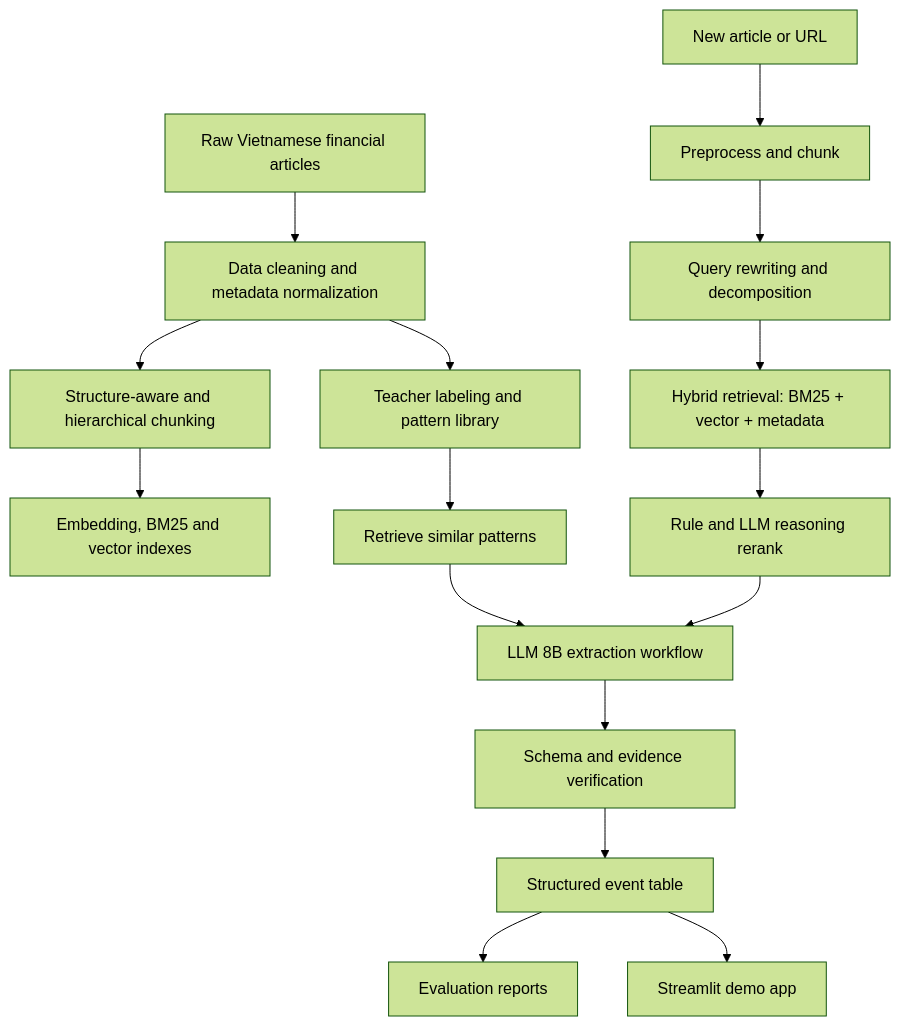
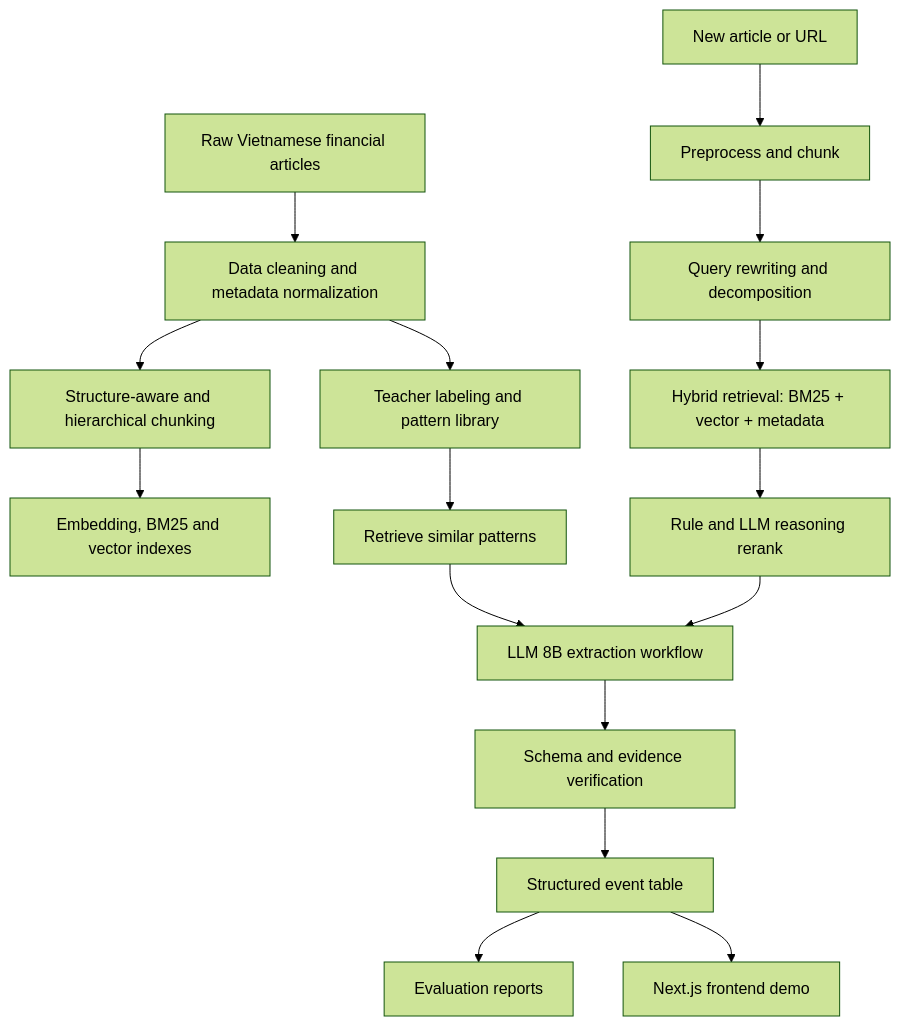
One commit to nghoanghien/FinEvent changed the diagram in docs/overview/project-overview.md. Above: the diagram before and after it, drawn with Mermaid (forest theme). The commit also changed other lines of this file and 22 other files, not shown here.

Commit message:
docs: update project documentation architecture

````diff
--- a/docs/overview/project-overview.md
+++ b/docs/overview/project-overview.md
@@ -56,18 +56,18 @@
 ```mermaid
 flowchart TD
     A[Raw Vietnamese financial articles] --> B[Data cleaning and metadata normalization]
     B --> C[Structure-aware and hierarchical chunking]
     C --> D[Embedding, BM25 and vector indexes]
     B --> P[Teacher labeling and pattern library]
     E[New article or URL] --> F[Preprocess and chunk]
     F --> G[Query rewriting and decomposition]
     G --> H[Hybrid retrieval: BM25 + vector + metadata]
     H --> I[Rule and LLM reasoning rerank]
     P --> J[Retrieve similar patterns]
     I --> K[LLM 8B extraction workflow]
     J --> K
     K --> L[Schema and evidence verification]
     L --> M[Structured event table]
     M --> N[Evaluation reports]
-    M --> O[Streamlit demo app]
+    M --> O[Next.js frontend demo]
 ```
````
